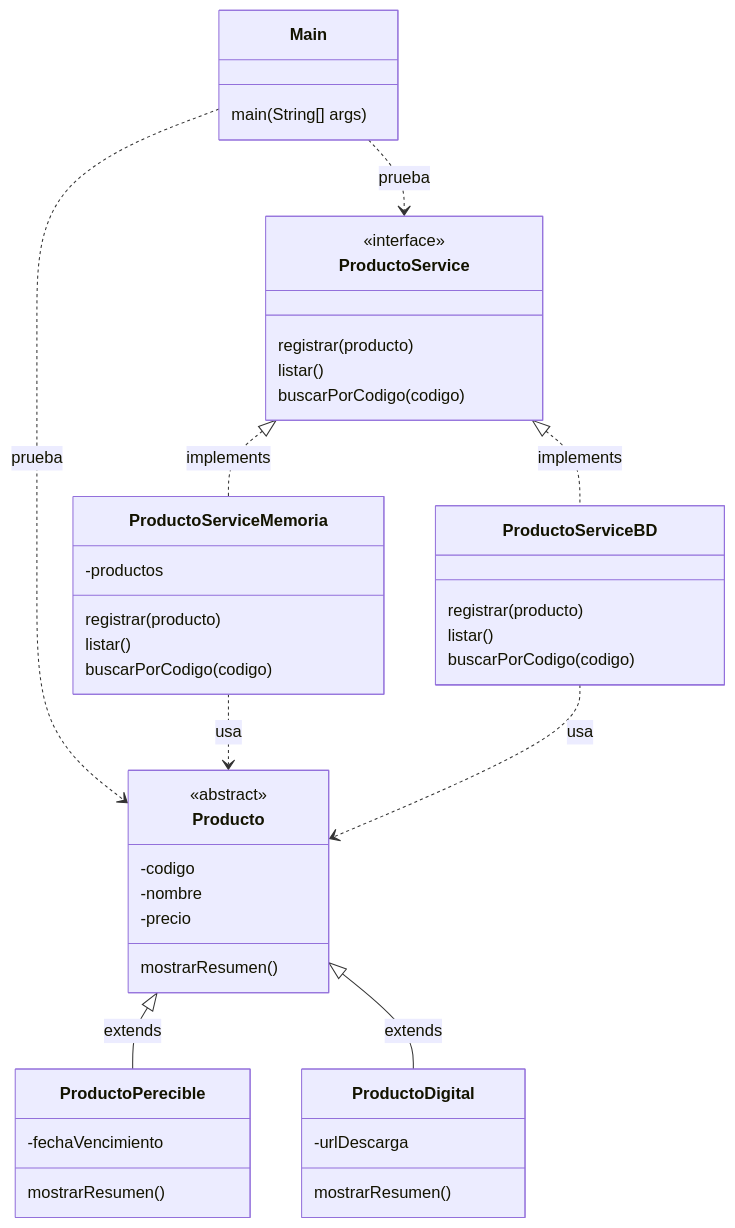
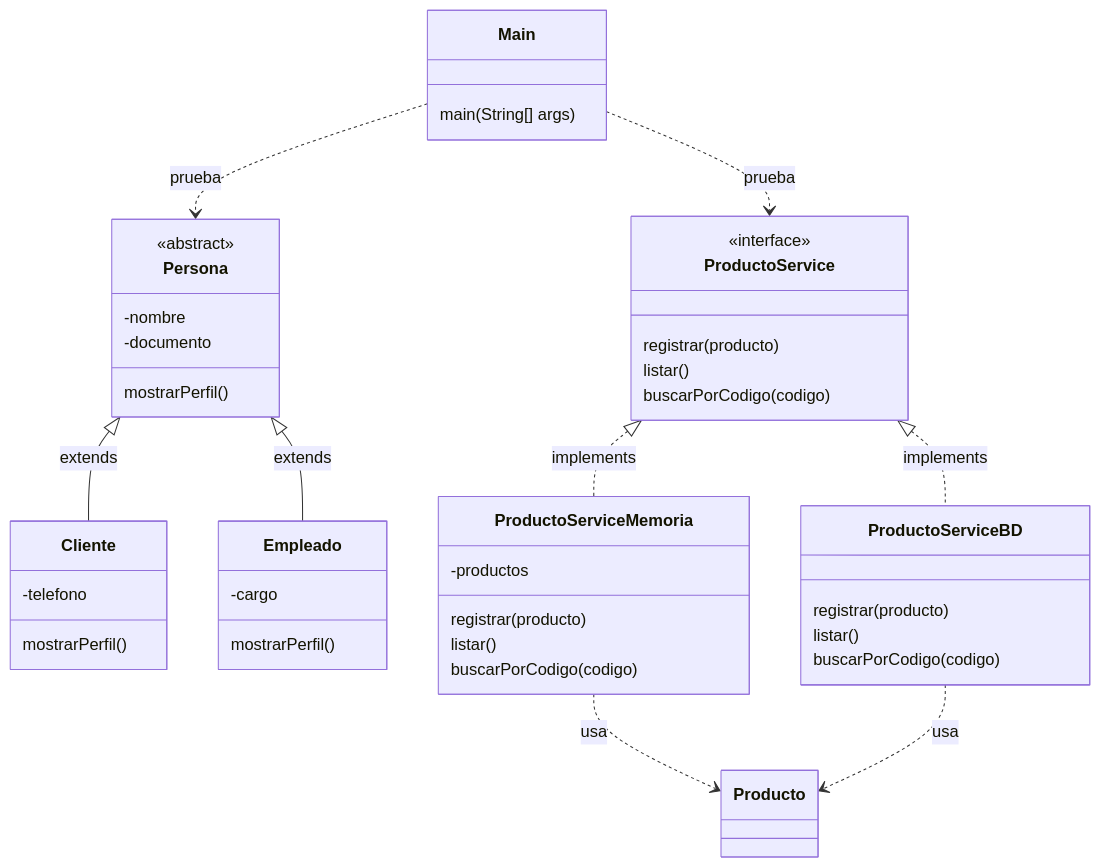
One commit to 262poo/comarket changed the diagram in docs/S04_Herencia_Polimorfismo.md. Above: the diagram before and after it, drawn with Mermaid. The commit also changed other lines of this file and 1 other file, not shown here.

````diff
--- a/docs/S04_Herencia_Polimorfismo.md
+++ b/docs/S04_Herencia_Polimorfismo.md
@@ -61,49 +61,48 @@
 ```mermaid
 classDiagram
     class Main {
         main(String[] args)
     }
 
-    class Producto {
+    class Persona {
         <<abstract>>
-        -codigo
         -nombre
-        -precio
-        mostrarResumen()
+        -documento
+        mostrarPerfil()
     }
-    class ProductoPerecible {
-        -fechaVencimiento
-        mostrarResumen()
+    class Cliente {
+        -telefono
+        mostrarPerfil()
     }
-    class ProductoDigital {
-        -urlDescarga
-        mostrarResumen()
+    class Empleado {
+        -cargo
+        mostrarPerfil()
     }
 
     class ProductoService {
         <<interface>>
         registrar(producto)
         listar()
         buscarPorCodigo(codigo)
     }
     class ProductoServiceMemoria {
         -productos
         registrar(producto)
         listar()
         buscarPorCodigo(codigo)
     }
     class ProductoServiceBD {
         registrar(producto)
         listar()
         buscarPorCodigo(codigo)
     }
 
-    Main ..> Producto : prueba
+    Main ..> Persona : prueba
     Main ..> ProductoService : prueba
-    Producto <|-- ProductoPerecible : extends
-    Producto <|-- ProductoDigital : extends
+    Persona <|-- Cliente : extends
+    Persona <|-- Empleado : extends
     ProductoService <|.. ProductoServiceMemoria : implements
     ProductoService <|.. ProductoServiceBD : implements
     ProductoServiceMemoria ..> Producto : usa
     ProductoServiceBD ..> Producto : usa
 ```
````
